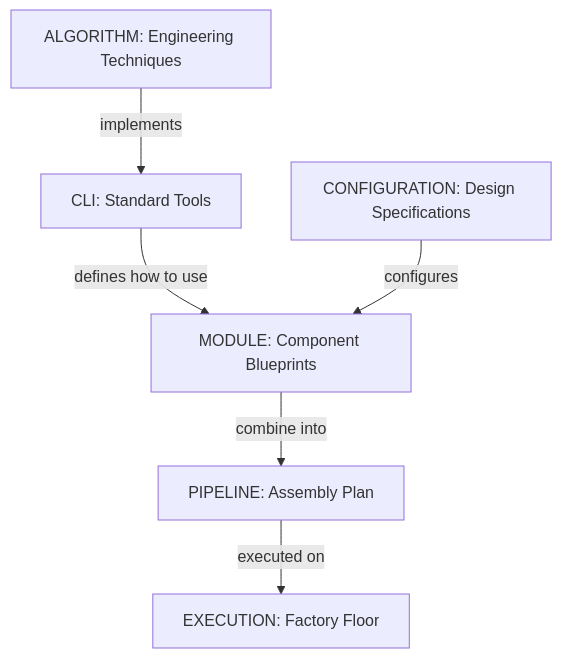
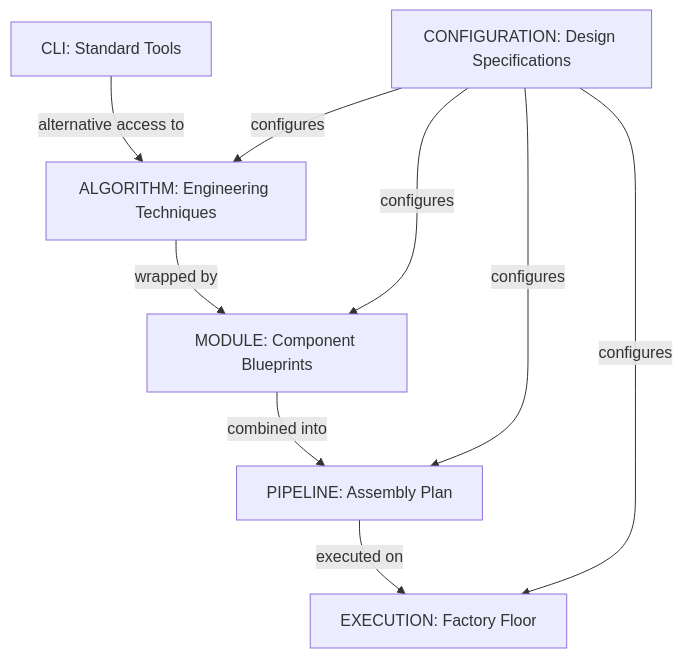
The diagram in docs/architecture/07_architecture_for_biologists.md (broadinstitute/starrynight), drawn with Mermaid before and after one commit. The commit also changed other lines of this file and 1 other file, not shown here.

Commit message:
docs(starrynight): refine Configuration Layer relationships based on code analysis
Update Configuration Layer description based on codebase examination:
- Position as a true cross-cutting concern that configures all layers
- Clarify the core processing flow (Algorithm → Module → Pipeline → Execution)
- Position CLI layer as an alternative entry point
- Update the manufacturing analogy diagram to show accurate relationships
- Improve explanation of how configuration affects each layer

This update more accurately reflects how configuration is actually
used in the StarryNight codebase and provides a clearer mental model.

🤖 Generated with [Claude Code](https://claude.ai/code)

````diff
--- a/docs/architecture/07_architecture_for_biologists.md
+++ b/docs/architecture/07_architecture_for_biologists.md
@@ -181,8 +183,11 @@
 ```mermaid
 flowchart TD
-    A[ALGORITHM: Engineering Techniques] -->|implements| B[CLI: Standard Tools]
-    B -->|defines how to use| C[MODULE: Component Blueprints]
-    F[CONFIGURATION: Design Specifications] -->|configures| C
-    C -->|combine into| D[PIPELINE: Assembly Plan]
+    A[ALGORITHM: Engineering Techniques] -->|wrapped by| C[MODULE: Component Blueprints]
+    B[CLI: Standard Tools] -->|alternative access to| A
+    C -->|combined into| D[PIPELINE: Assembly Plan]
     D -->|executed on| E[EXECUTION: Factory Floor]
+    F[CONFIGURATION: Design Specifications] -->|configures| A
+    F -->|configures| C
+    F -->|configures| D
+    F -->|configures| E
 ```
````
